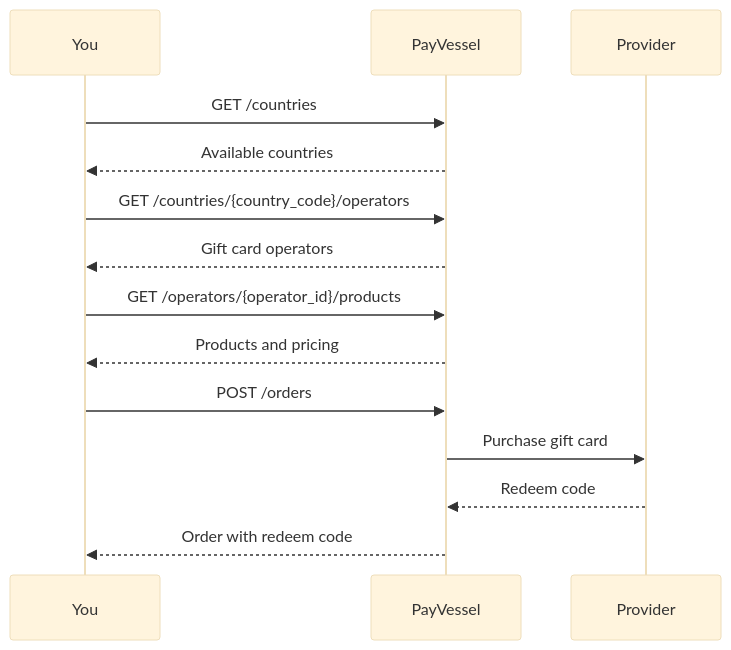
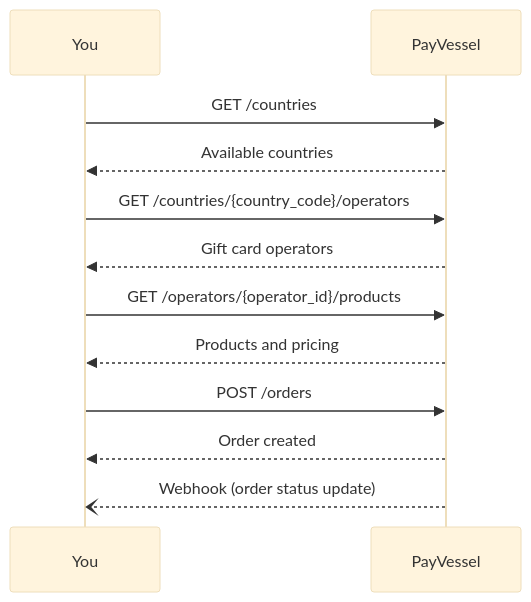
One commit to Nex-Panther-Technologies-Ltd/payvessel-docs changed the diagram in gift-cards/overview.mdx. Above: the diagram before and after it, drawn with Mermaid (base theme). The commit also changed other lines of this file, not shown here.

Commit message:
docs: add webhook notification to gift card flow and remove provider references

````diff
--- a/gift-cards/overview.mdx
+++ b/gift-cards/overview.mdx
@@ -25,17 +26,15 @@
 ```mermaid
 sequenceDiagram
     participant You
     participant PayVessel
-    participant Provider
 
     You->>PayVessel: GET /countries
     PayVessel-->>You: Available countries
     You->>PayVessel: GET /countries/{country_code}/operators
     PayVessel-->>You: Gift card operators
     You->>PayVessel: GET /operators/{operator_id}/products
     PayVessel-->>You: Products and pricing
     You->>PayVessel: POST /orders
-    PayVessel->>Provider: Purchase gift card
-    Provider-->>PayVessel: Redeem code
-    PayVessel-->>You: Order with redeem code
+    PayVessel-->>You: Order created
+    PayVessel--)You: Webhook (order status update)
 ```
````
